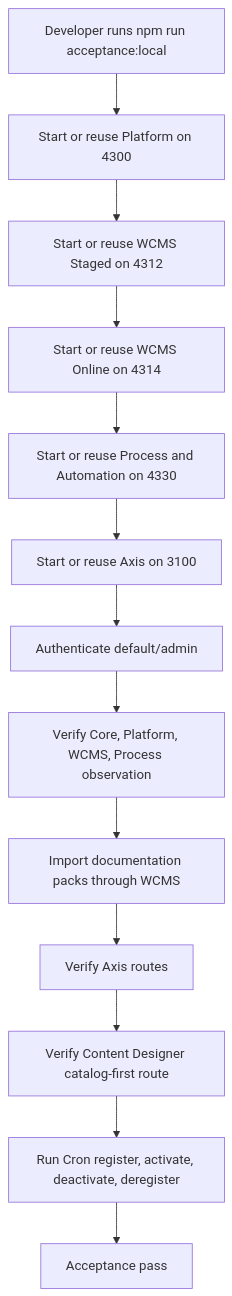
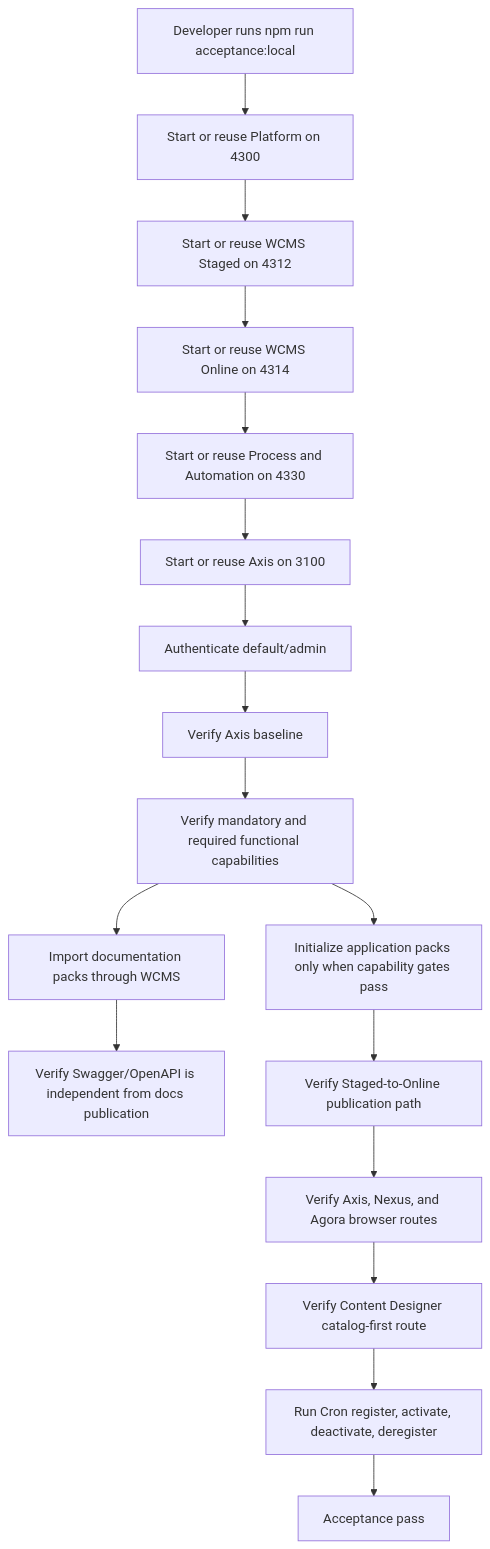
The first of 2 diagrams in docs/pages/local-acceptance-checklist.md (Nodics/nodics.kickoff), drawn with Mermaid before and after one commit. The commit also changed other lines of this file and 39 other files, not shown here.

````diff
--- a/docs/pages/local-acceptance-checklist.md
+++ b/docs/pages/local-acceptance-checklist.md
@@ -114,15 +145,19 @@
 ```mermaid
 flowchart TD
   Start["Developer runs npm run acceptance:local"] --> Platform["Start or reuse Platform on 4300"]
   Platform --> Staged["Start or reuse WCMS Staged on 4312"]
   Staged --> Online["Start or reuse WCMS Online on 4314"]
   Online --> Process["Start or reuse Process and Automation on 4330"]
   Process --> Axis["Start or reuse Axis on 3100"]
   Axis --> Auth["Authenticate default/admin"]
-  Auth --> Registry["Verify Core, Platform, WCMS, Process observation"]
+  Auth --> Baseline["Verify Axis baseline"]
+  Baseline --> Registry["Verify mandatory and required functional capabilities"]
+  Registry --> Apps["Initialize application packs only when capability gates pass"]
   Registry --> Docs["Import documentation packs through WCMS"]
-  Docs --> Routes["Verify Axis routes"]
+  Docs --> Swagger["Verify Swagger/OpenAPI is independent from docs publication"]
+  Apps --> Publish["Verify Staged-to-Online publication path"]
+  Publish --> Routes["Verify Axis, Nexus, and Agora browser routes"]
   Routes --> Designer["Verify Content Designer catalog-first route"]
   Designer --> Lifecycle["Run Cron register, activate, deactivate, deregister"]
   Lifecycle --> Pass["Acceptance pass"]
 ```
````
